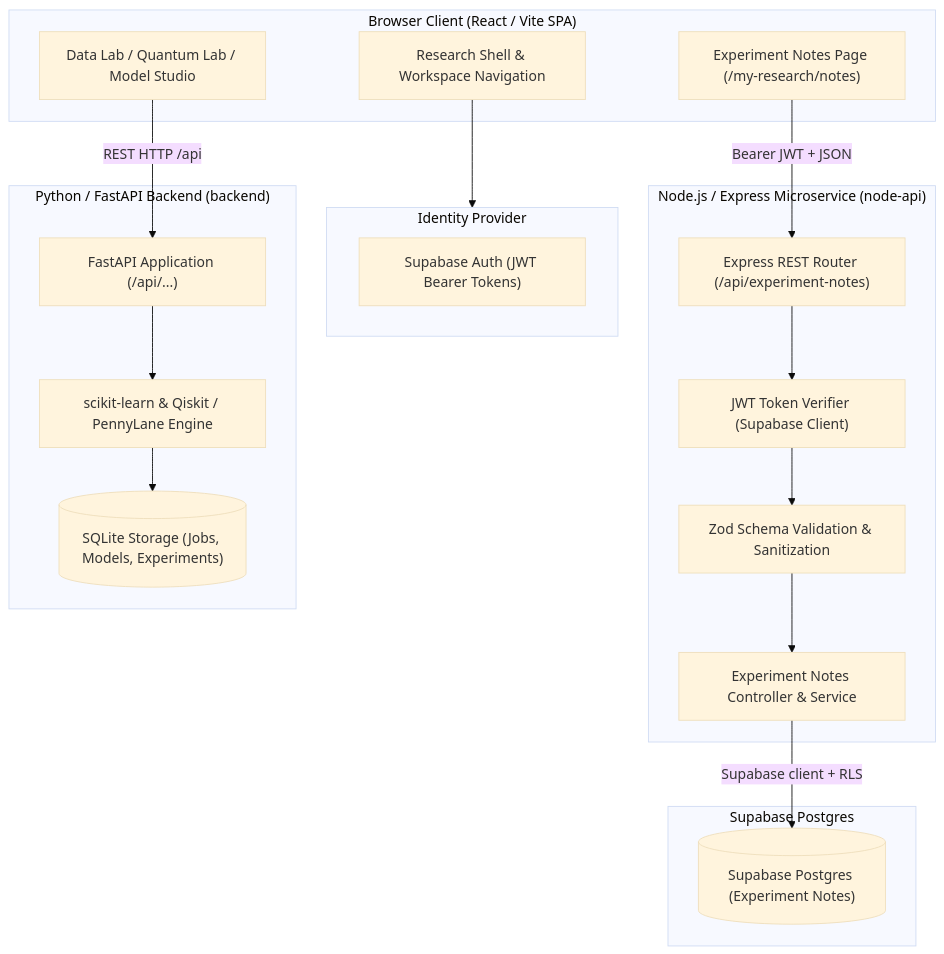
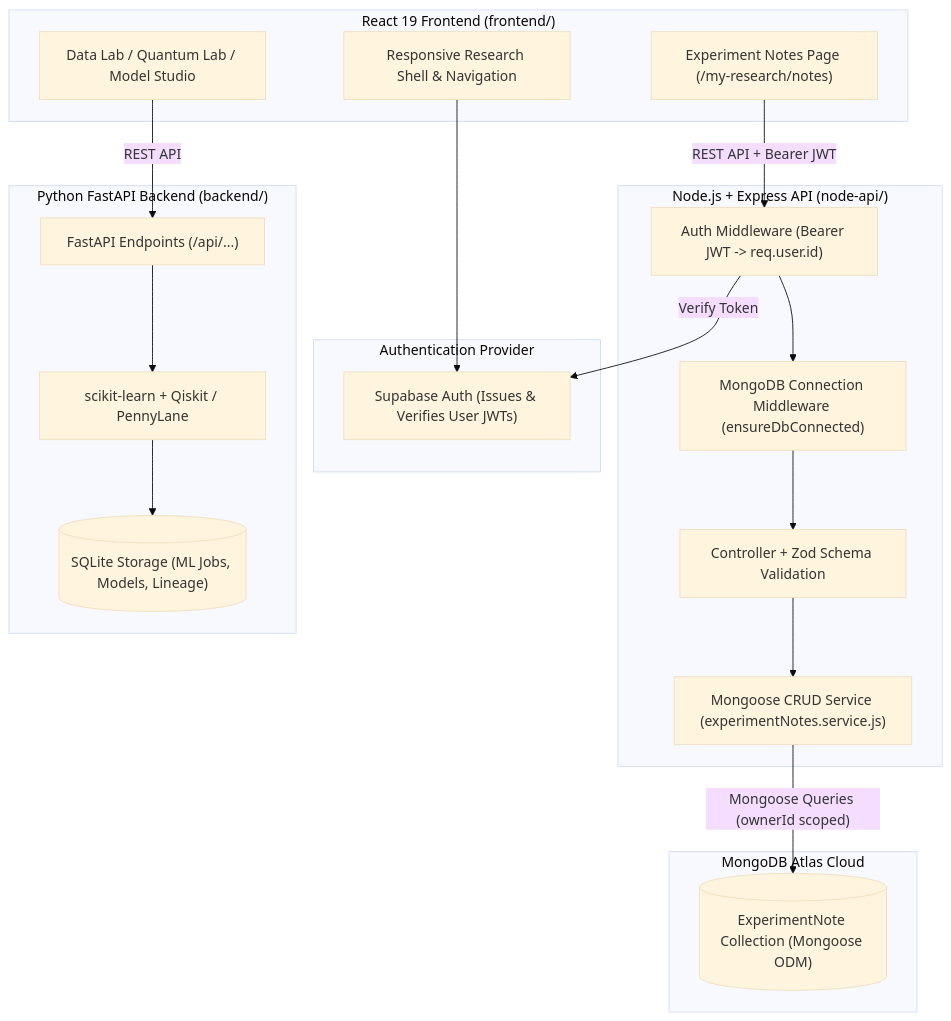
Before and after one commit to Itzx-kush/web-dev-entangle: the diagram in README.md, drawn with Mermaid (base theme). The commit also changed other lines of this file and 23 other files, not shown here.

Commit message:
feat(node-api): integrate MongoDB Atlas and Mongoose for experiment notes

````diff
--- a/README.md
+++ b/README.md
@@ -78,41 +79,41 @@
 ```mermaid
 flowchart TD
-    subgraph Client["Browser Client (React / Vite SPA)"]
-        UI["Research Shell & Workspace Navigation"]
-        NotesPage["Experiment Notes Page (/my-research/notes)"]
-        ResearchLabs["Data Lab / Quantum Lab / Model Studio"]
+    subgraph Client["React 19 Frontend (frontend/)"]
+        UI["Responsive Research Shell & Navigation"]
+        NotesUI["Experiment Notes Page (/my-research/notes)"]
+        ResearchUI["Data Lab / Quantum Lab / Model Studio"]
     end
 
-    subgraph Identity["Identity Provider"]
-        Supabase["Supabase Auth (JWT Bearer Tokens)"]
+    subgraph Auth["Authentication Provider"]
+        SupabaseAuth["Supabase Auth (Issues & Verifies User JWTs)"]
     end
 
-    subgraph NodeService["Node.js / Express Microservice (node-api)"]
-        ExpressRouter["Express REST Router (/api/experiment-notes)"]
-        AuthMiddleware["JWT Token Verifier (Supabase Client)"]
-        ZodValidator["Zod Schema Validation & Sanitization"]
-        NotesController["Experiment Notes Controller & Service"]
+    subgraph NodeAPI["Node.js + Express API (node-api/)"]
+        AuthMW["Auth Middleware (Bearer JWT -> req.user.id)"]
+        DbMW["MongoDB Connection Middleware (ensureDbConnected)"]
+        NotesCtrl["Controller + Zod Schema Validation"]
+        NotesSvc["Mongoose CRUD Service (experimentNotes.service.js)"]
     end
 
-    subgraph PythonService["Python / FastAPI Backend (backend)"]
-        FastApiRouter["FastAPI Application (/api/...)"]
-        MlEngine["scikit-learn & Qiskit / PennyLane Engine"]
-        SqliteStore[("SQLite Storage (Jobs, Models, Experiments)")]
+    subgraph MongoAtlas["MongoDB Atlas Cloud"]
+        MongoCollection[("ExperimentNote Collection (Mongoose ODM)")]
     end
 
-    subgraph SupabaseCloud["Supabase Postgres"]
-        NotesDB[("Supabase Postgres (Experiment Notes)")]
+    subgraph PythonAPI["Python FastAPI Backend (backend/)"]
+        FastAPI["FastAPI Endpoints (/api/...)"]
+        MLQuantum["scikit-learn + Qiskit / PennyLane"]
+        SQLite[("SQLite Storage (ML Jobs, Models, Lineage)")]
     end
 
-    UI --> Identity
-    NotesPage -- "Bearer JWT + JSON" --> ExpressRouter
-    ResearchLabs -- "REST HTTP /api" --> FastApiRouter
+    UI --> SupabaseAuth
+    NotesUI -- "REST API + Bearer JWT" --> AuthMW
+    AuthMW -- "Verify Token" --> SupabaseAuth
+    AuthMW --> DbMW
+    DbMW --> NotesCtrl
+    NotesCtrl --> NotesSvc
+    NotesSvc -- "Mongoose Queries (ownerId scoped)" --> MongoCollection
 
-    ExpressRouter --> AuthMiddleware
-    AuthMiddleware --> ZodValidator
-    ZodValidator --> NotesController
-    NotesController -- "Supabase client + RLS" --> NotesDB
-
-    FastApiRouter --> MlEngine
-    MlEngine --> SqliteStore
+    ResearchUI -- "REST API" --> FastAPI
+    FastAPI --> MLQuantum
+    MLQuantum --> SQLite
 ```
````
